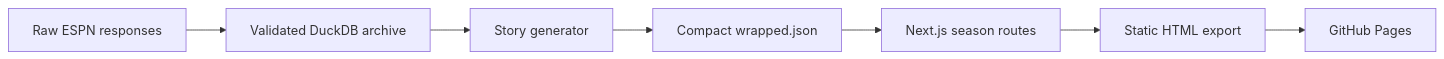
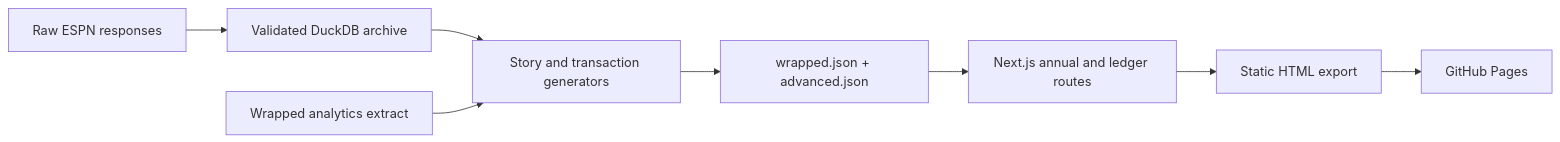
The diagram in docs/architecture.mdx (rdsciv/AFFL_Wrapped), drawn with Mermaid before and after one commit. The commit also changed other lines of this file and 18 other files, not shown here.

````diff
--- a/docs/architecture.mdx
+++ b/docs/architecture.mdx
@@ -9,9 +9,10 @@
 ```mermaid
 flowchart LR
   raw[Raw ESPN responses] --> warehouse[Validated DuckDB archive]
-  warehouse --> generator[Story generator]
-  generator --> json[Compact wrapped.json]
-  json --> routes[Next.js season routes]
+  warehouse --> generator[Story and transaction generators]
+  genius[Wrapped analytics extract] --> generator
+  generator --> json[wrapped.json + advanced.json]
+  json --> routes[Next.js annual and ledger routes]
   routes --> export[Static HTML export]
   export --> pages[GitHub Pages]
 ```
````
